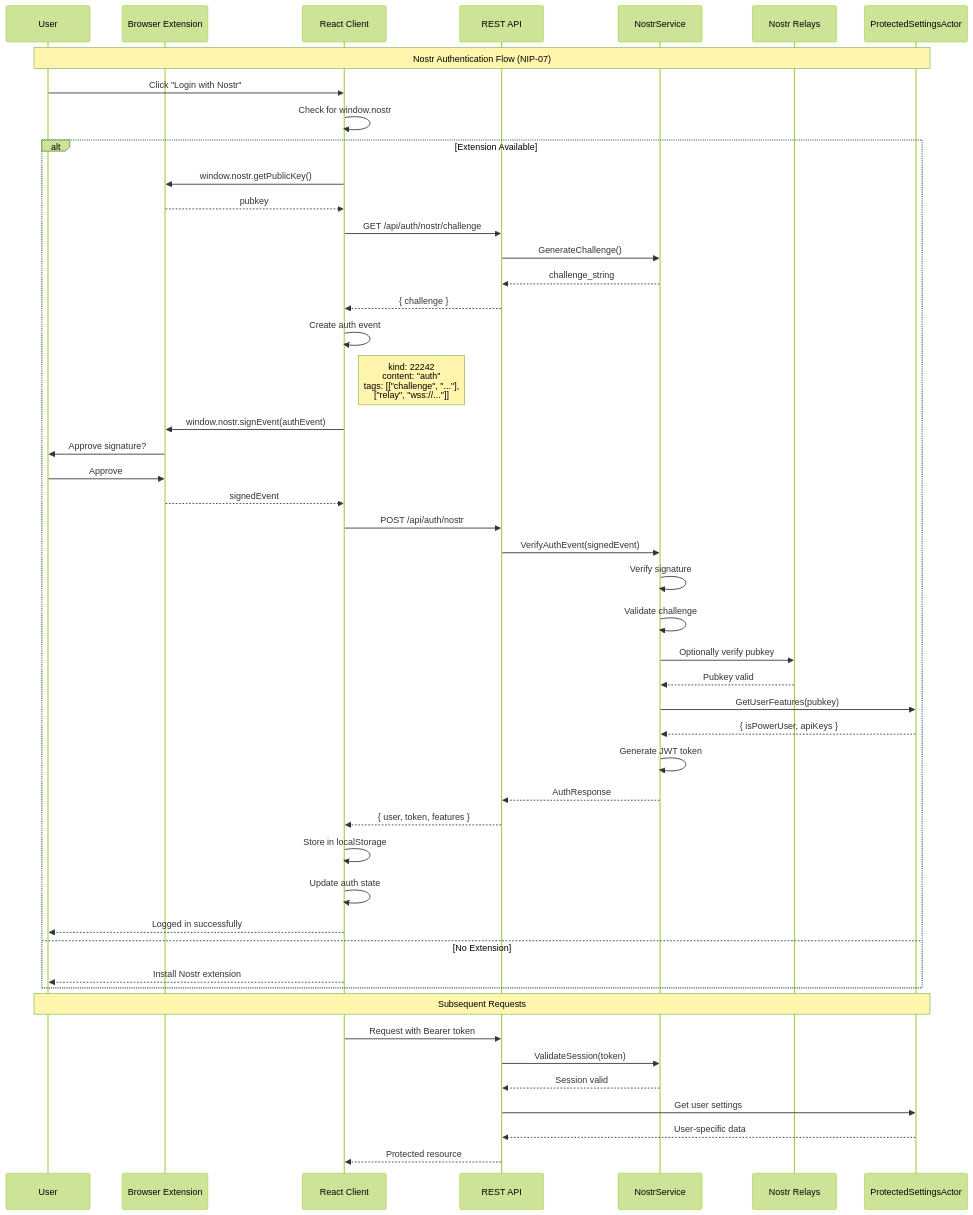
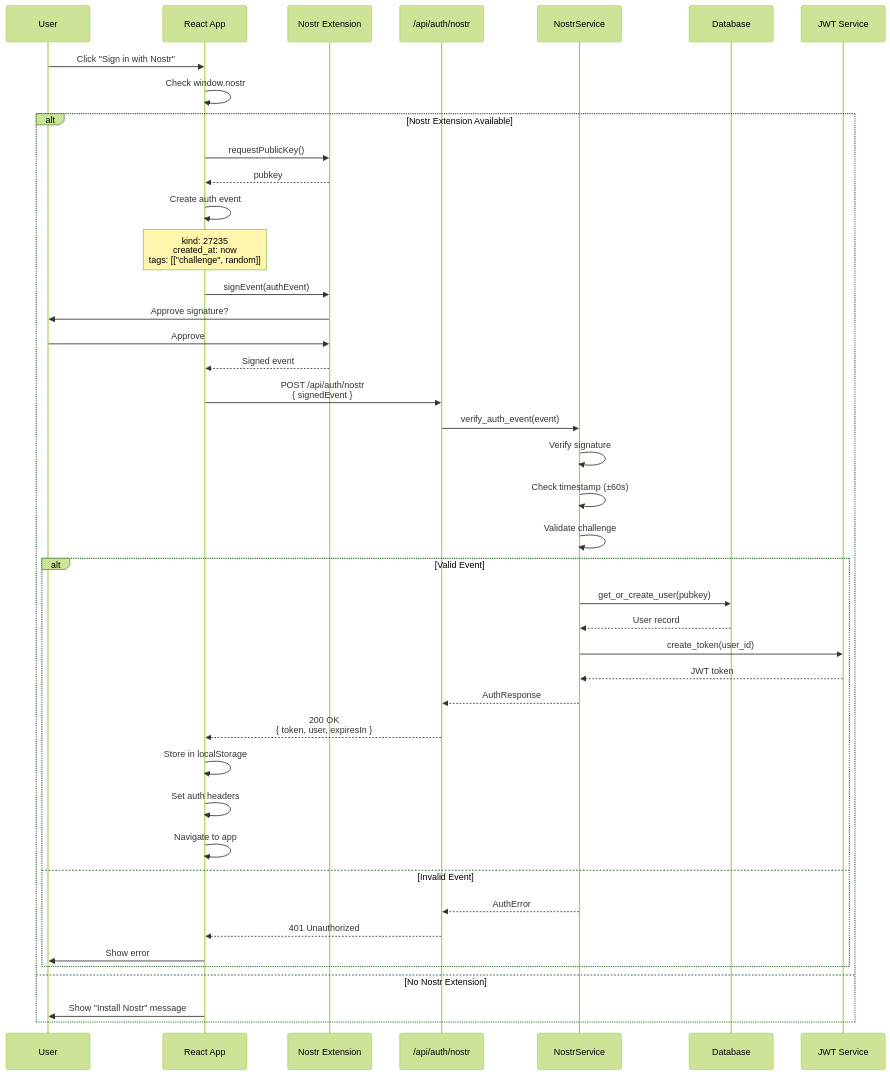
The seventh of 18 diagrams in docs/diagrams.md (DreamLab-AI/VisionFlow), drawn with Mermaid (forest theme) before and after one commit. The commit also changed other lines of this file and 1 other file, not shown here.

Commit message:
audit and diagrams update, new todo list

````diff
--- a/docs/diagrams.md
+++ b/docs/diagrams.md
@@ -395,63 +520,54 @@
 ```mermaid
 sequenceDiagram
     participant User
-    participant Browser as Browser Extension
-    participant Client as React Client
-    participant API as REST API
-    participant NostrSvc as NostrService
-    participant NostrRelay as Nostr Relays
-    participant Protected as ProtectedSettingsActor
+    participant Client as React App
+    participant Nostr as Nostr Extension
+    participant API as /api/auth/nostr
+    participant Service as NostrService
+    participant DB as Database
+    participant JWT as JWT Service
 
-    Note over User,Protected: Nostr Authentication Flow (NIP-07)
+    User->>Client: Click "Sign in with Nostr"
+    Client->>Client: Check window.nostr
 
-    User->>Client: Click "Login with Nostr"
-    Client->>Client: Check for window.nostr
-
-    alt Extension Available
-        Client->>Browser: window.nostr.getPublicKey()
-        Browser-->>Client: pubkey
-
-        Client->>API: GET /api/auth/nostr/challenge
-        API->>NostrSvc: GenerateChallenge()
-        NostrSvc-->>API: challenge_string
-        API-->>Client: { challenge }
+    alt Nostr Extension Available
+        Client->>Nostr: requestPublicKey()
+        Nostr-->>Client: pubkey
 
         Client->>Client: Create auth event
-        Note right of Client: kind: 22242<br/>content: "auth"<br/>tags: [["challenge", "..."],<br/>["relay", "wss://..."]]
+        Note over Client: kind: 27235<br/>created_at: now<br/>tags: [["challenge", random]]
 
-        Client->>Browser: window.nostr.signEvent(authEvent)
-        Browser->>User: Approve signature?
-        User->>Browser: Approve
-        Browser-->>Client: signedEvent
+        Client->>Nostr: signEvent(authEvent)
+        Nostr->>User: Approve signature?
+        User->>Nostr: Approve
+        Nostr-->>Client: Signed event
 
-        Client->>API: POST /api/auth/nostr
-        API->>NostrSvc: VerifyAuthEvent(signedEvent)
+        Client->>API: POST /api/auth/nostr<br/>{ signedEvent }
+        API->>Service: verify_auth_event(event)
 
-        NostrSvc->>NostrSvc: Verify signature
-        NostrSvc->>NostrSvc: Validate challenge
-        NostrSvc->>NostrRelay: Optionally verify pubkey
-        NostrRelay-->>NostrSvc: Pubkey valid
+        Service->>Service: Verify signature
+        Service->>Service: Check timestamp (±60s)
+        Service->>Service: Validate challenge
 
-        NostrSvc->>Protected: GetUserFeatures(pubkey)
-        Protected-->>NostrSvc: { isPowerUser, apiKeys }
+        alt Valid Event
+            Service->>DB: get_or_create_user(pubkey)
+            DB-->>Service: User record
 
-        NostrSvc->>NostrSvc: Generate JWT token
-        NostrSvc-->>API: AuthResponse
-        API-->>Client: { user, token, features }
+            Service->>JWT: create_token(user_id)
+            JWT-->>Service: JWT token
 
-        Client->>Client: Store in localStorage
-        Client->>Client: Update auth state
-        Client-->>User: Logged in successfully
-    else No Extension
-        Client-->>User: Install Nostr extension
+            Service-->>API: AuthResponse
+            API-->>Client: 200 OK<br/>{ token, user, expiresIn }
+
+            Client->>Client: Store in localStorage
+            Client->>Client: Set auth headers
+            Client->>Client: Navigate to app
+        else Invalid Event
+            Service-->>API: AuthError
+            API-->>Client: 401 Unauthorized
+            Client->>User: Show error
+        end
+    else No Nostr Extension
+        Client->>User: Show "Install Nostr" message
     end
-
-    Note over User,Protected: Subsequent Requests
-
-    Client->>API: Request with Bearer token
-    API->>NostrSvc: ValidateSession(token)
-    NostrSvc-->>API: Session valid
-    API->>Protected: Get user settings
-    Protected-->>API: User-specific data
-    API-->>Client: Protected resource
 ```
````
